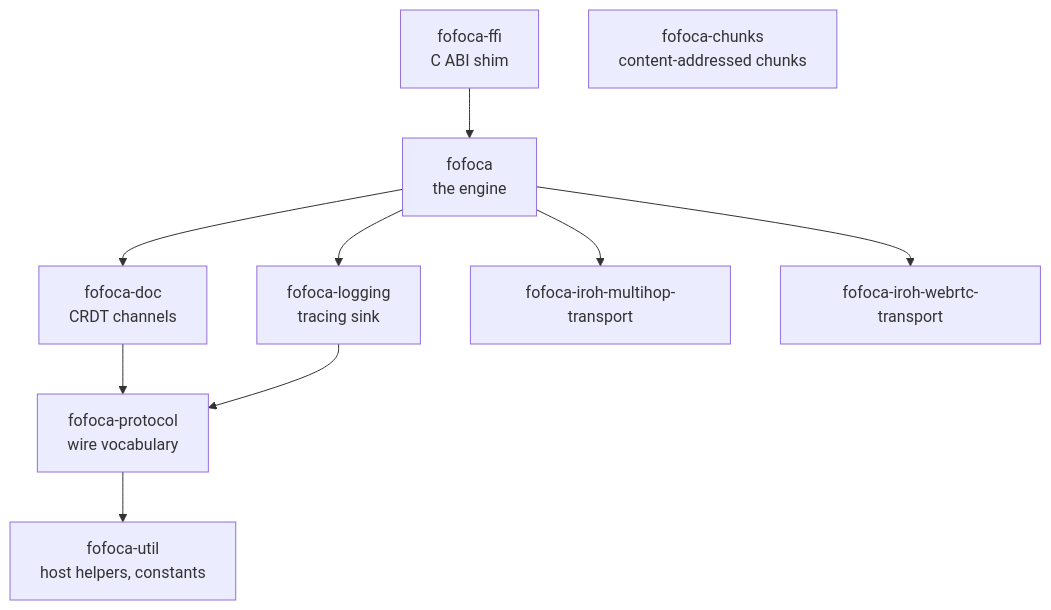
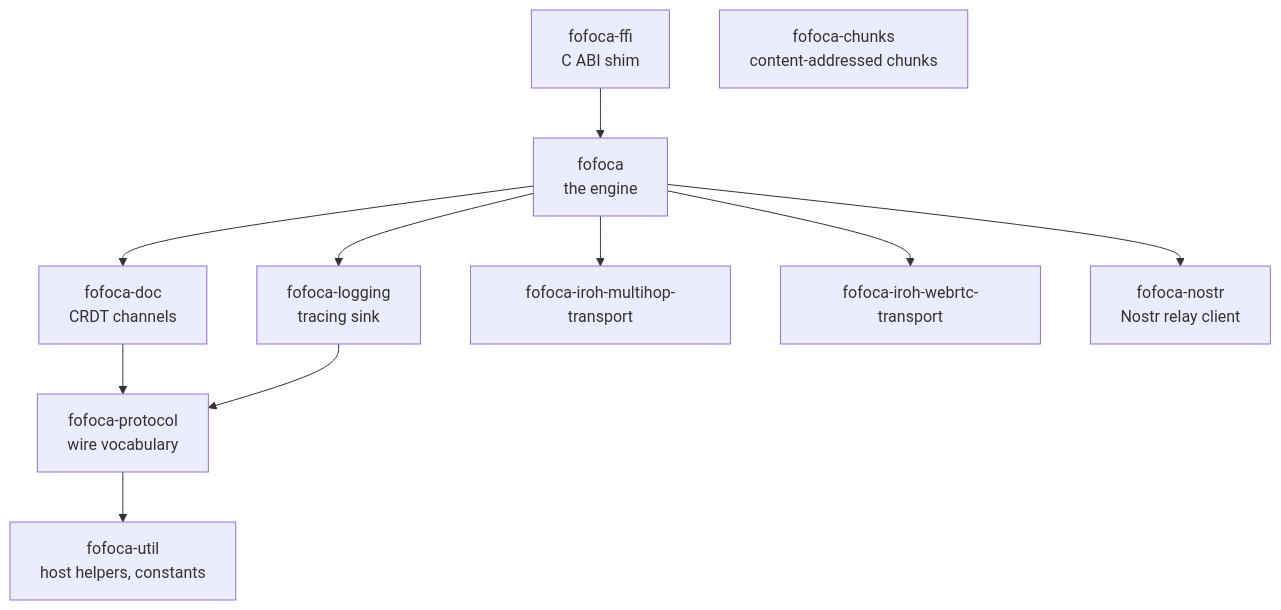
The second of 10 diagrams in docs/architecture.md (fofoca-network/fofoca), drawn with Mermaid before and after one commit. The commit also changed other lines of this file and 27 other files, not shown here.

````diff
--- a/docs/architecture.md
+++ b/docs/architecture.md
@@ -89,12 +89,13 @@
 ```mermaid
 graph TD
     ffi["fofoca-ffi<br>C ABI shim"] --> engine
     engine["fofoca<br>the engine"] --> doc["fofoca-doc<br>CRDT channels"]
     engine --> logging["fofoca-logging<br>tracing sink"]
     engine --> mh["fofoca-iroh-multihop-transport"]
     engine --> webrtc["fofoca-iroh-webrtc-transport"]
+    engine --> nostr["fofoca-nostr<br>Nostr relay client"]
     doc --> proto["fofoca-protocol<br>wire vocabulary"]
     logging --> proto
     proto --> util["fofoca-util<br>host helpers, constants"]
     chunks["fofoca-chunks<br>content-addressed chunks"]
 ```
````
